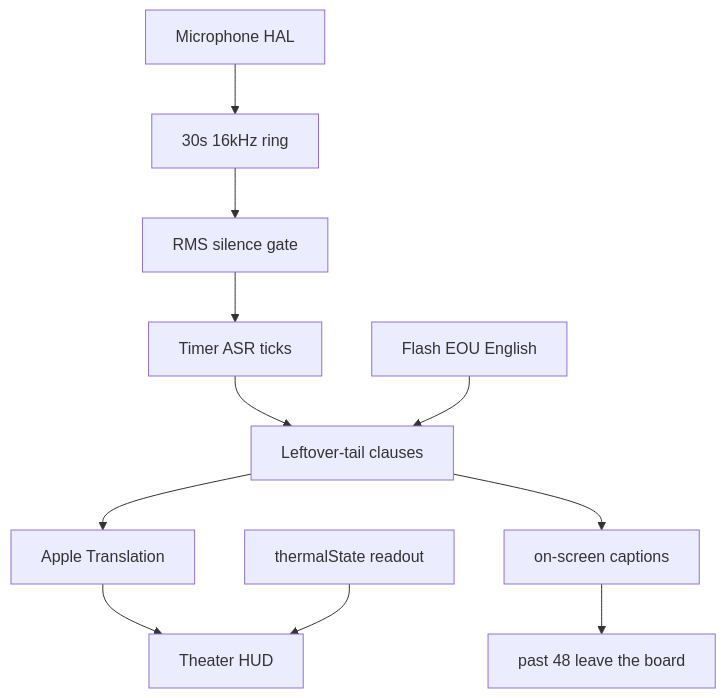
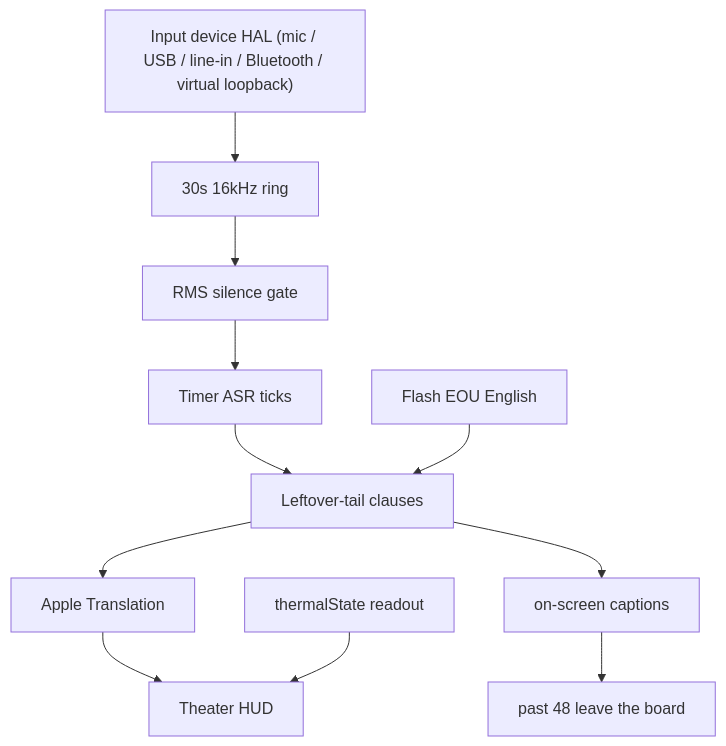
The diagram in docs/APPLE_SILICON_STREAMING.md (chrisswimlee/connectingCaptions), drawn with Mermaid before and after one commit. The commit also changed other lines of this file and 229 other files, not shown here.

````diff
--- a/docs/APPLE_SILICON_STREAMING.md
+++ b/docs/APPLE_SILICON_STREAMING.md
@@ -9,13 +9,13 @@
 ```mermaid
 flowchart TD
-  mic[Microphone HAL] --> ring[30s 16kHz ring]
+  mic["Input device HAL (mic / USB / line-in / Bluetooth / virtual loopback)"] --> ring[30s 16kHz ring]
   ring --> rms[RMS silence gate]
   rms --> asr[Timer ASR ticks]
   asr --> clause[Leftover-tail clauses]
   eou[Flash EOU English] --> clause
   clause --> mt[Apple Translation]
   mt --> hud[Theater HUD]
   thermal[thermalState readout] --> hud
   clause --> window[on-screen captions]
   window --> drop[past 48 leave the board]
 ```
````
